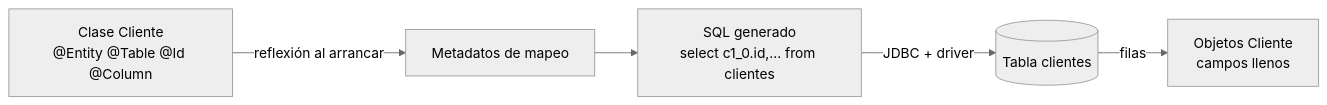
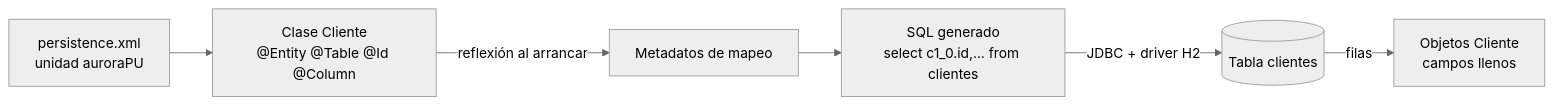
Before and after one commit to NICORUIZ93/The_Imperial_Book: the first of 8 diagrams in web/public/content/java/modulo-16.md, drawn with Mermaid (neutral theme). The commit also changed other lines of this file and 65 other files, not shown here.

````diff
--- a/web/public/content/java/modulo-16.md
+++ b/web/public/content/java/modulo-16.md
@@ -426,7 +458,8 @@
 ```mermaid
 flowchart LR
-  A["Clase Cliente<br/>@Entity @Table @Id @Column"] -->|"reflexión al arrancar"| B["Metadatos de mapeo"]
-  B --> C["SQL generado<br/>select c1_0.id,... from clientes"]
-  C -->|"JDBC + driver"| D[("Tabla clientes")]
-  D -->|"filas"| E["Objetos Cliente<br/>campos llenos"]
+  A["persistence.xml<br/>unidad auroraPU"] --> B["Clase Cliente<br/>@Entity @Table @Id @Column"]
+  B -->|"reflexión al arrancar"| C["Metadatos de mapeo"]
+  C --> D["SQL generado<br/>select c1_0.id,... from clientes"]
+  D -->|"JDBC + driver H2"| E[("Tabla clientes")]
+  E -->|"filas"| F["Objetos Cliente<br/>campos llenos"]
 ```
````
